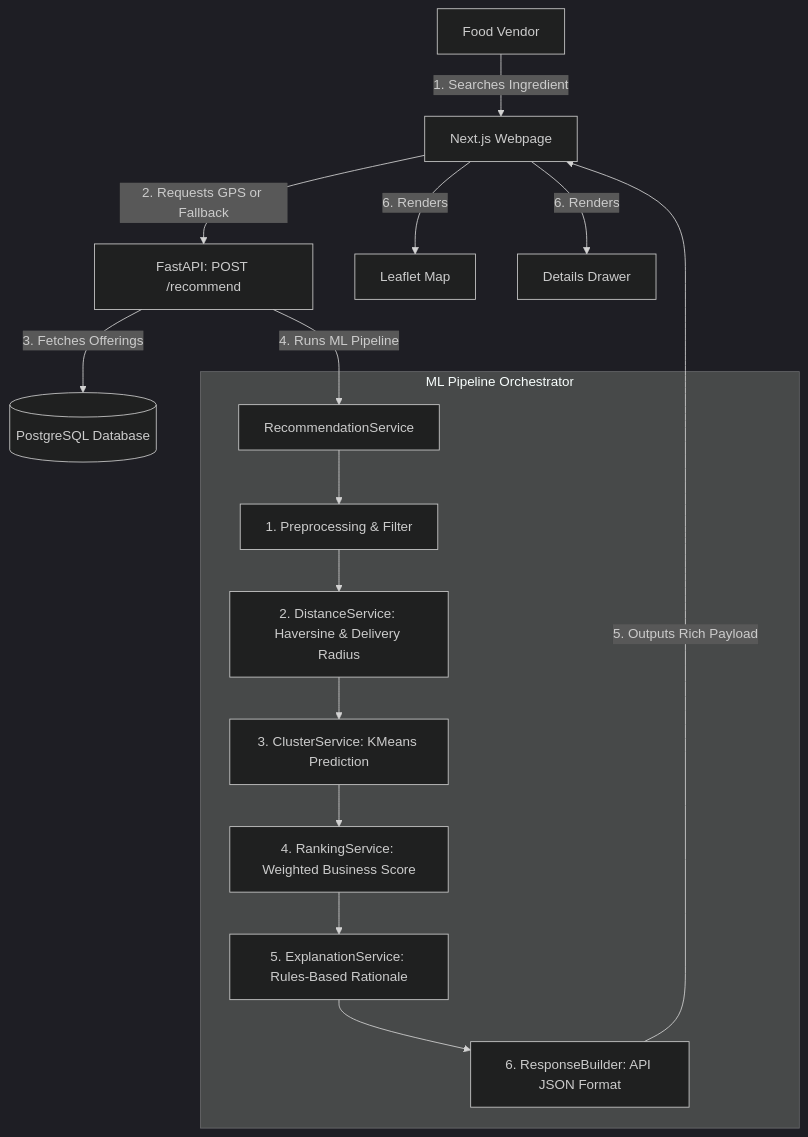
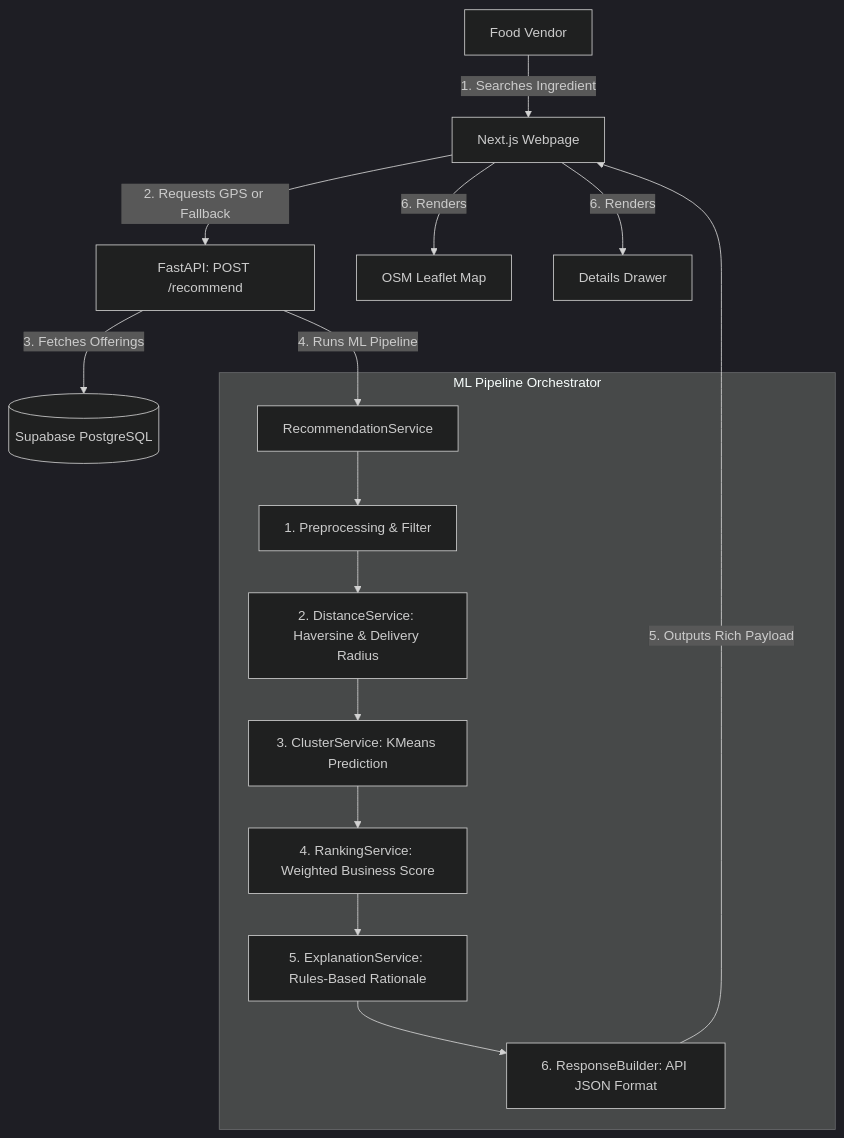
The diagram in README.md (shubhamp-2905/FoodChain), drawn with Mermaid (dark theme) before and after one commit. The commit also changed other lines of this file and 7 other files, not shown here.

````diff
--- a/README.md
+++ b/README.md
@@ -106,20 +33,20 @@
 ```mermaid
 graph TD
     User[Food Vendor] -->|1. Searches Ingredient| UI[Next.js Webpage]
     UI -->|2. Requests GPS or Fallback| API[FastAPI: POST /recommend]
-    API -->|3. Fetches Offerings| DB[(PostgreSQL Database)]
+    API -->|3. Fetches Offerings| DB[(Supabase PostgreSQL)]
     API -->|4. Runs ML Pipeline| RecService[RecommendationService]
     
     subgraph ML Pipeline Orchestrator
         RecService --> Pre[1. Preprocessing & Filter]
         Pre --> Dist[2. DistanceService: Haversine & Delivery Radius]
         Dist --> Cluster[3. ClusterService: KMeans Prediction]
         Cluster --> Rank[4. RankingService: Weighted Business Score]
         Rank --> Exp[5. ExplanationService: Rules-Based Rationale]
         Exp --> Resp[6. ResponseBuilder: API JSON Format]
     end
     
     Resp -->|5. Outputs Rich Payload| UI
-    UI -->|6. Renders| Map[Leaflet Map]
+    UI -->|6. Renders| Map[OSM Leaflet Map]
     UI -->|6. Renders| Drawer[Details Drawer]
 ```
````
